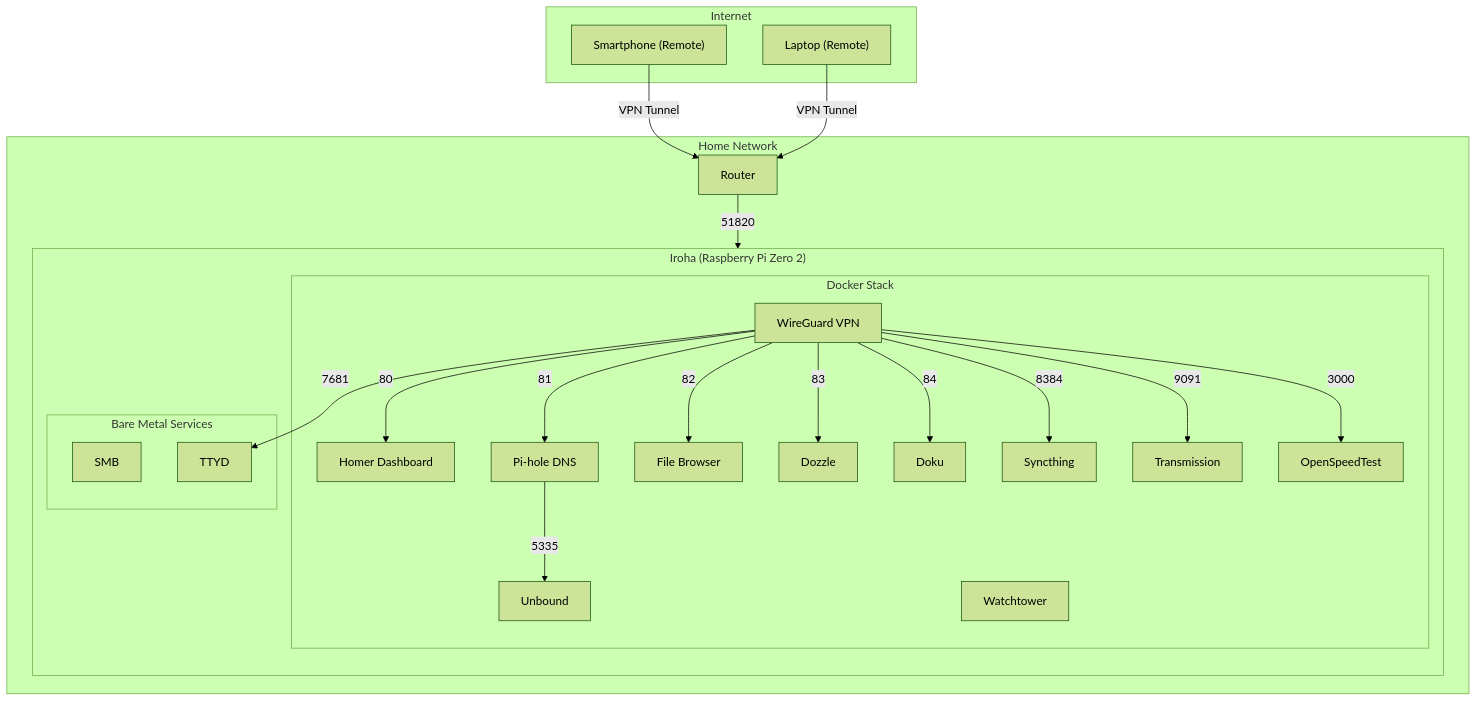
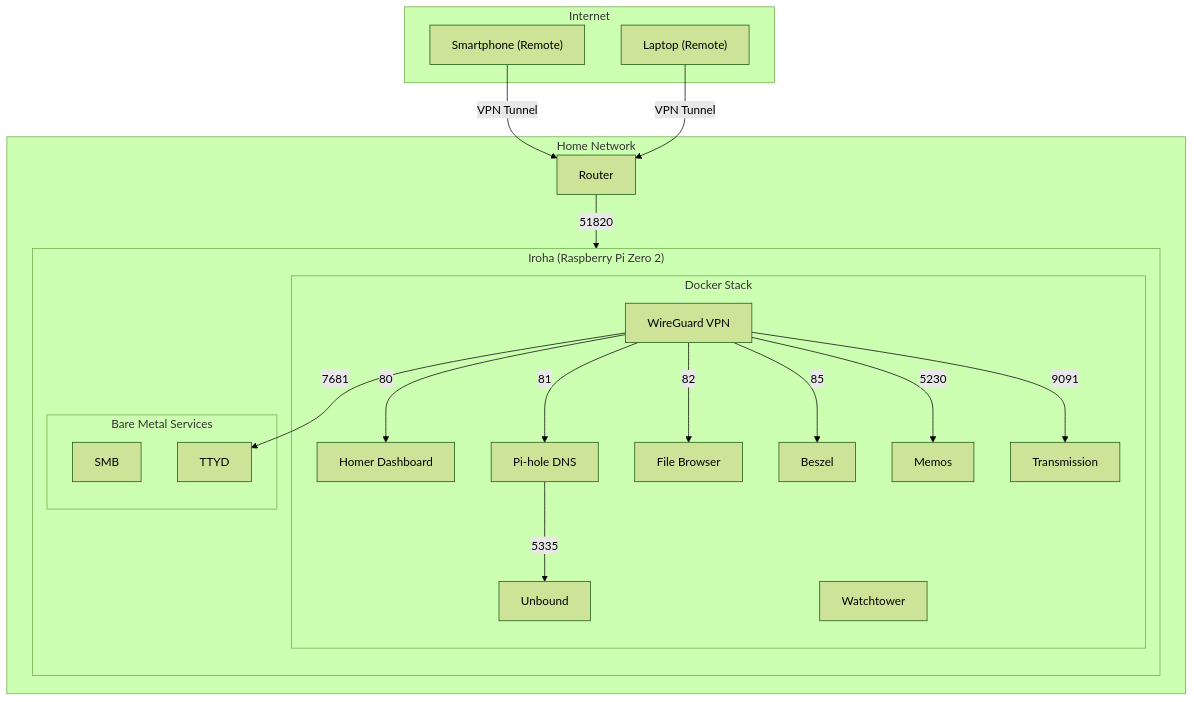
One commit to NishiyaKN/rpi changed the diagram in README.md. Above: the diagram before and after it, drawn with Mermaid (forest theme). The commit also changed other lines of this file and 1 other file, not shown here.

Commit message:
Backup: 2026-01-02 16:42:08

````diff
--- a/README.md
+++ b/README.md
@@ -22,52 +22,48 @@
 ```mermaid
 ---
 config:
   layout: dagre
 ---
 flowchart TB
  subgraph Internet["Internet"]
         Phone["Smartphone (Remote)"]
         Laptop["Laptop (Remote)"]
   end
  subgraph subGraph1["Docker Stack"]
         WG["WireGuard VPN"]
         HM["Homer Dashboard"]
         PH["️Pi-hole DNS"]
         UN["Unbound"]
         FB["File Browser"]
-        DZ["Dozzle"]
-        DK["Doku"]
-        OST["OpenSpeedTest"]
-        ST["Syncthing"]
         TR["Transmission"]
         WT["Watchtower"]
+        MM["Memos"]
+        BZ["Beszel"]
 
   end
  subgraph subGraph2["Bare Metal Services"]
         SMB["SMB"]
         TTYD["TTYD"]
   end
  subgraph subGraph3["Iroha (Raspberry Pi Zero 2)"]
     direction TB
         subGraph1
         subGraph2
   end
  subgraph subGraph4["Home Network"]
         Router["Router"]
         subGraph3
   end
     Phone -- VPN Tunnel --> Router
     Laptop -- VPN Tunnel --> Router
     Router -- 51820 --> WG
     WG -- 80 --> HM
     WG -- 81 --> PH
     PH -- 5335 --> UN
     WG -- 82 --> FB
-    WG -- 83 --> DZ
-    WG -- 84 --> DK
-    WG -- 8384 --> ST
+    WG -- 85 --> BZ
+    WG -- 5230 --> MM
     WG -- 9091 --> TR
-    WG -- 3000 --> OST
     WG -- 7681 --> TTYD
 
 ```
````
